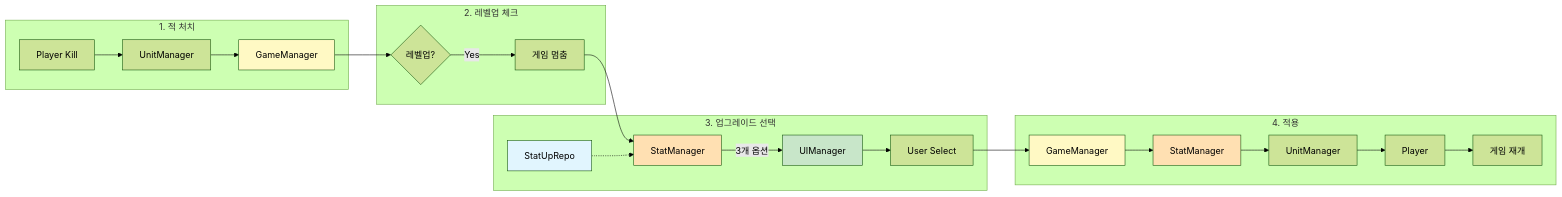
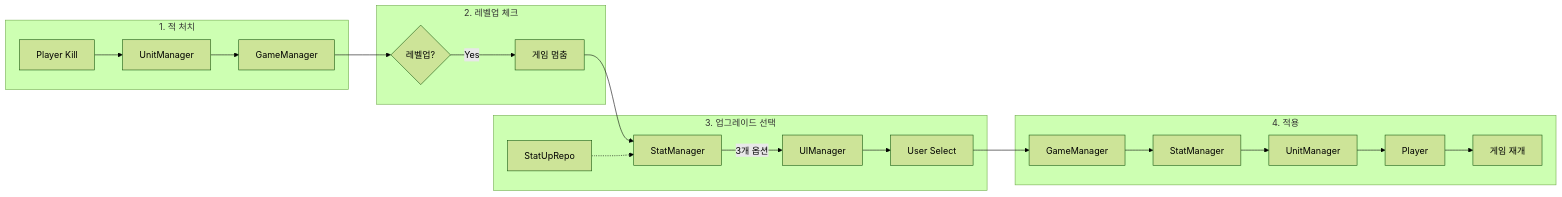
One commit to Merkatte/2D_Topdown_Shoot_UnityProject changed the sixth of 6 diagrams in README.md. Above: the diagram before and after it, drawn with Mermaid (forest theme). The commit also changed other lines of this file, not shown here.

````diff
--- a/README.md
+++ b/README.md
@@ -590,52 +582,45 @@
 ```mermaid
 flowchart LR
     subgraph Kill["1. 적 처치"]
         P1[Player Kill]
         UM1[UnitManager]
         GM1[GameManager]
         
         P1 --> UM1
         UM1 --> GM1
     end
     
     subgraph LevelUp["2. 레벨업 체크"]
         Check{레벨업?}
         Pause[게임 멈춤]
         
         GM1 --> Check
         Check --> |Yes|Pause
     end
     
     subgraph Select["3. 업그레이드 선택"]
         SM1[StatManager]
         SR[StatUpRepo]
         UI[UIManager]
         User[User Select]
         
         Pause --> SM1
         SR -.-> SM1
         SM1 --> |3개 옵션|UI
         UI --> User
     end
     
     subgraph Apply["4. 적용"]
         GM2[GameManager]
         SM2[StatManager]
         UM2[UnitManager]
         P2[Player]
         Resume[게임 재개]
         
         User --> GM2
         GM2 --> SM2
         SM2 --> UM2
         UM2 --> P2
         P2 --> Resume
     end
-    
-    style GM1 fill:#fff9c4
-    style GM2 fill:#fff9c4
-    style SM1 fill:#ffe0b2
-    style SM2 fill:#ffe0b2
-    style UI fill:#c8e6c9
-    style SR fill:#e1f5fe
 ```
````
